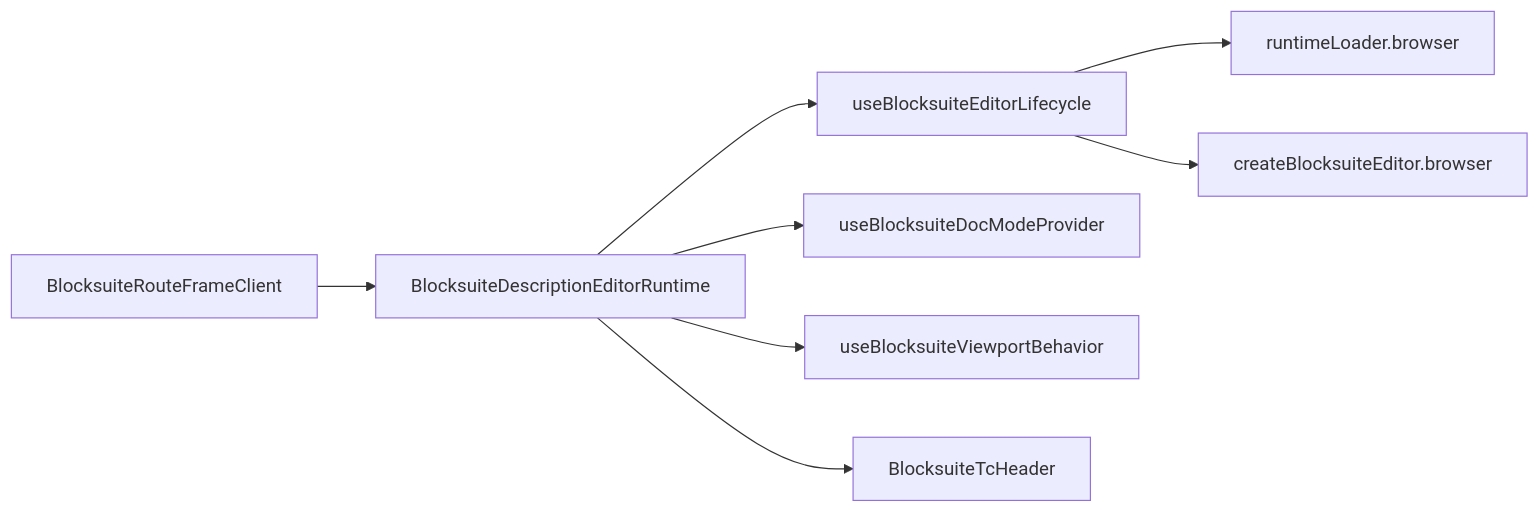
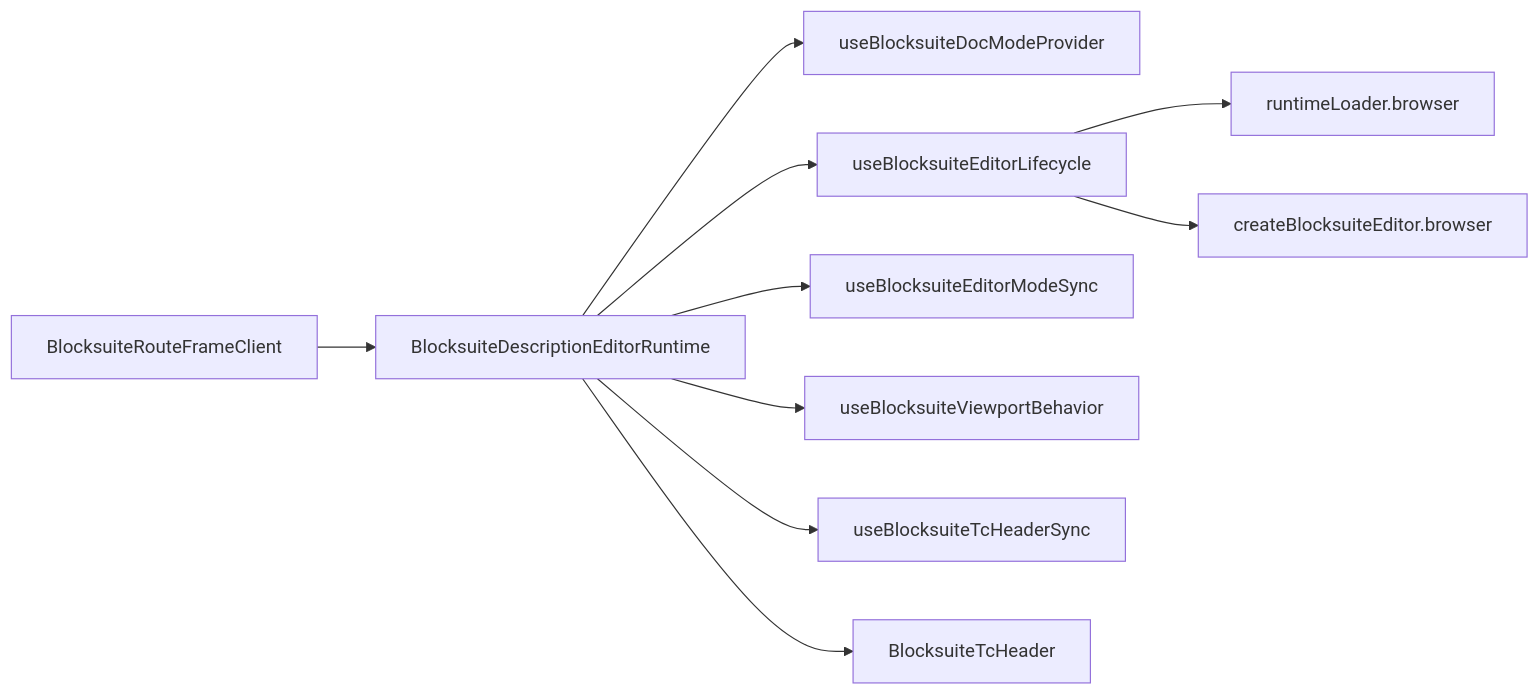
One commit to starrybamboo/tuan-chat-web changed the diagram in app/components/chat/infra/blocksuite/doc/architecture/FRAME.md. Above: the diagram before and after it, drawn with Mermaid. The commit also changed other lines of this file and 11 other files, not shown here.

Commit message:
refactor: decouple blocksuite runtime hooks

````diff
--- a/app/components/chat/infra/blocksuite/doc/architecture/FRAME.md
+++ b/app/components/chat/infra/blocksuite/doc/architecture/FRAME.md
@@ -56,10 +61,12 @@
 ```mermaid
 flowchart LR
     A["BlocksuiteRouteFrameClient"] --> B["BlocksuiteDescriptionEditorRuntime"]
-    B --> C["useBlocksuiteEditorLifecycle"]
-    B --> D["useBlocksuiteDocModeProvider"]
-    B --> E["useBlocksuiteViewportBehavior"]
-    B --> F["BlocksuiteTcHeader"]
-    C --> G["runtimeLoader.browser"]
-    C --> H["createBlocksuiteEditor.browser"]
+    B --> C["useBlocksuiteDocModeProvider"]
+    B --> D["useBlocksuiteEditorLifecycle"]
+    B --> E["useBlocksuiteEditorModeSync"]
+    B --> F["useBlocksuiteViewportBehavior"]
+    B --> G["useBlocksuiteTcHeaderSync"]
+    B --> H["BlocksuiteTcHeader"]
+    D --> I["runtimeLoader.browser"]
+    D --> J["createBlocksuiteEditor.browser"]
 ```
````
